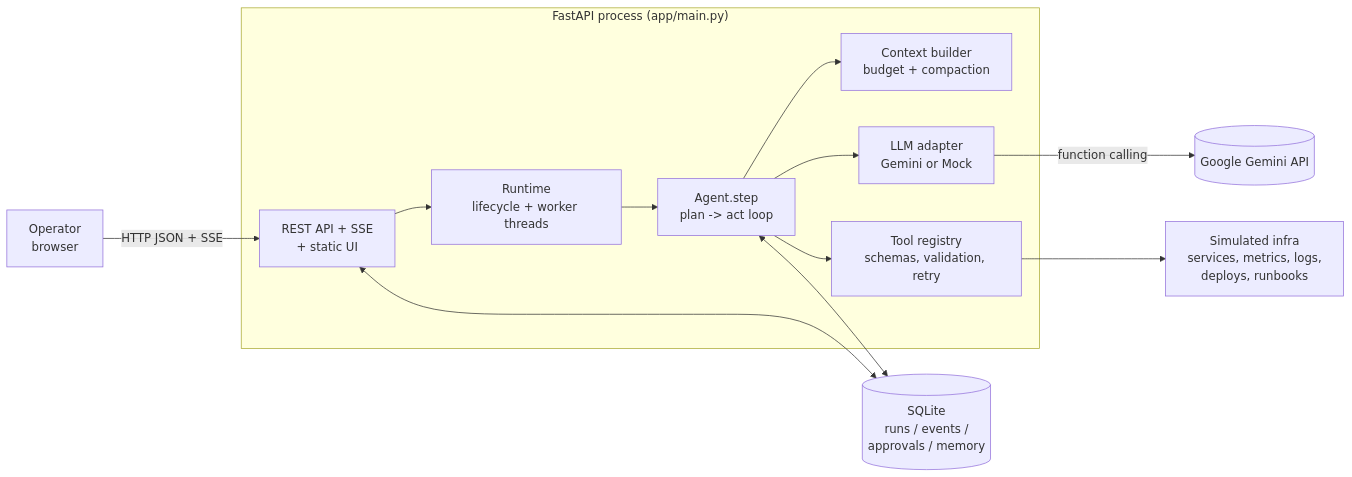
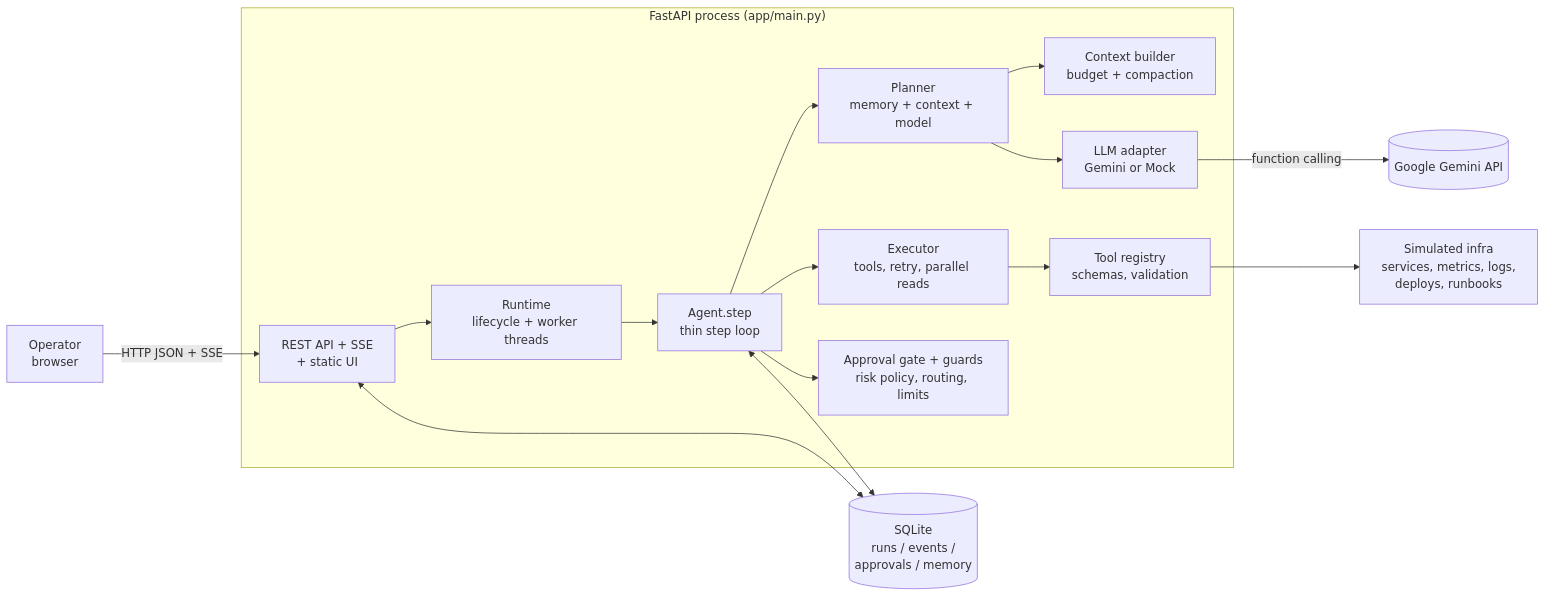
One commit to Zulfiqar7862/incident-triage-agent-gemini changed the first of 2 diagrams in docs/HLD.md. Above: the diagram before and after it, drawn with Mermaid. The commit also changed other lines of this file and 3 other files, not shown here.

````diff
--- a/docs/HLD.md
+++ b/docs/HLD.md
@@ -30,20 +30,24 @@
 ```mermaid
 flowchart LR
     OP[Operator<br/>browser] -- "HTTP JSON + SSE" --> API
     subgraph Server["FastAPI process (app/main.py)"]
         API[REST API + SSE<br/>+ static UI]
         RT[Runtime<br/>lifecycle + worker threads]
-        AG[Agent.step<br/>plan -> act loop]
+        AG[Agent.step<br/>thin step loop]
+        PL[Planner<br/>memory + context + model]
+        EX[Executor<br/>tools, retry, parallel reads]
+        GT[Approval gate + guards<br/>risk policy, routing, limits]
         CTX[Context builder<br/>budget + compaction]
-        TR[Tool registry<br/>schemas, validation, retry]
+        TR[Tool registry<br/>schemas, validation]
         LLM[LLM adapter<br/>Gemini or Mock]
         API --> RT --> AG
-        AG --> CTX
-        AG --> LLM
-        AG --> TR
+        AG --> PL --> CTX
+        PL --> LLM
+        AG --> EX --> TR
+        AG --> GT
     end
     LLM -- "function calling" --> GEM[(Google Gemini API)]
     TR --> SIM[Simulated infra<br/>services, metrics, logs,<br/>deploys, runbooks]
     AG <--> DB[(SQLite<br/>runs / events /<br/>approvals / memory)]
     API <--> DB
 ```
````
